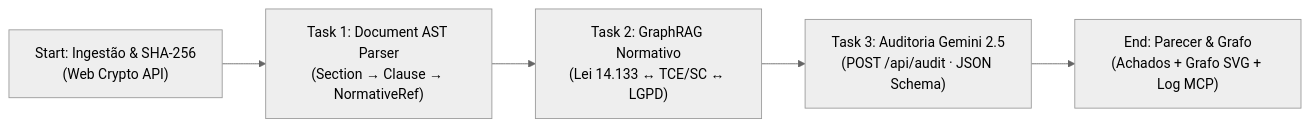
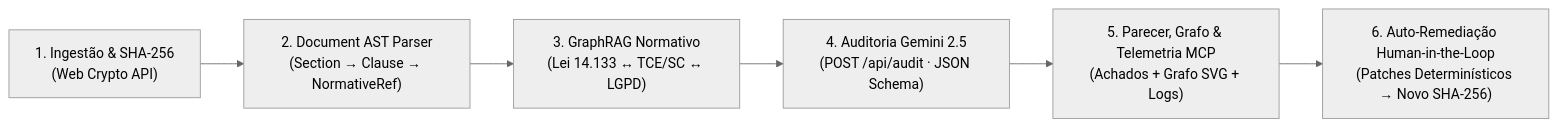
One commit to mrcoantonioconceicao-ctrl/gov-shield changed the diagram in README.md. Above: the diagram before and after it, drawn with Mermaid (neutral theme). The commit also changed other lines of this file, not shown here.

````diff
--- a/README.md
+++ b/README.md
@@ -35,7 +59,8 @@
 ```mermaid
 flowchart LR
-  S["Start: Ingestão & SHA-256<br/>(Web Crypto API)"] --> T1["Task 1: Document AST Parser<br/>(Section → Clause → NormativeRef)"]
-  T1 --> T2["Task 2: GraphRAG Normativo<br/>(Lei 14.133 ↔ TCE/SC ↔ LGPD)"]
-  T2 --> T3["Task 3: Auditoria Gemini 2.5<br/>(POST /api/audit · JSON Schema)"]
-  T3 --> E["End: Parecer & Grafo<br/>(Achados + Grafo SVG + Log MCP)"]
+  S["1. Ingestão & SHA-256<br/>(Web Crypto API)"] --> T1["2. Document AST Parser<br/>(Section → Clause → NormativeRef)"]
+  T1 --> T2["3. GraphRAG Normativo<br/>(Lei 14.133 ↔ TCE/SC ↔ LGPD)"]
+  T2 --> T3["4. Auditoria Gemini 2.5<br/>(POST /api/audit · JSON Schema)"]
+  T3 --> E["5. Parecer, Grafo & Telemetria MCP<br/>(Achados + Grafo SVG + Logs)"]
+  E --> R["6. Auto-Remediação Human-in-the-Loop<br/>(Patches Determinísticos → Novo SHA-256)"]
 ```
````
